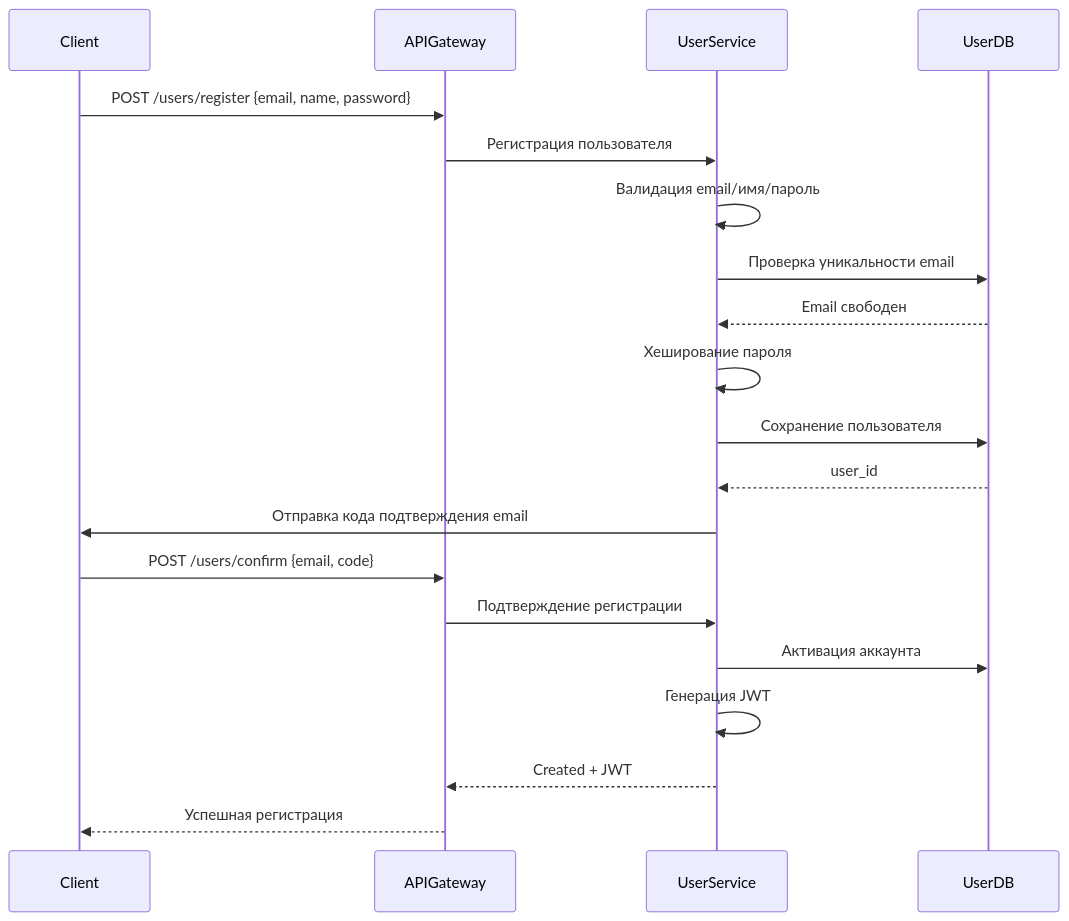
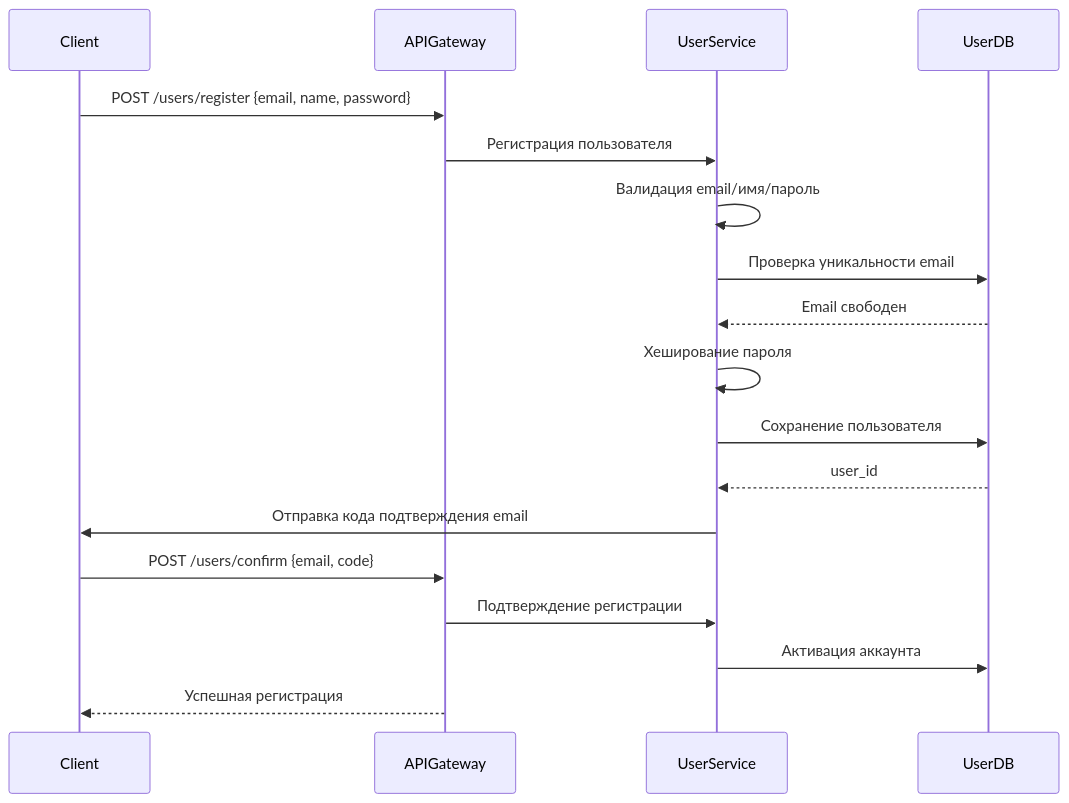
Before and after one commit to dalai-llama2004/blatnye-bratuyni: the second of 10 diagrams in docs/tr.md, drawn with Mermaid. The commit also changed other lines of this file, not shown here.

````diff
--- a/docs/tr.md
+++ b/docs/tr.md
@@ -232,22 +233,20 @@
 ```mermaid
 sequenceDiagram
 participant Client
 participant APIGateway
 participant UserService
 participant UserDB
 Client->>APIGateway: POST /users/register {email, name, password}
 APIGateway->>UserService: Регистрация пользователя
 UserService->>UserService: Валидация email/имя/пароль
 UserService->>UserDB: Проверка уникальности email
 UserDB-->>UserService: Email свободен
 UserService->>UserService: Хеширование пароля
 UserService->>UserDB: Сохранение пользователя
 UserDB-->>UserService: user_id
 UserService->>Client: Отправка кода подтверждения email
 Client->>APIGateway: POST /users/confirm {email, code}
 APIGateway->>UserService: Подтверждение регистрации
 UserService->>UserDB: Активация аккаунта
-UserService->>UserService: Генерация JWT
-UserService-->>APIGateway: Created + JWT
 APIGateway-->>Client: Успешная регистрация
 ```
````
